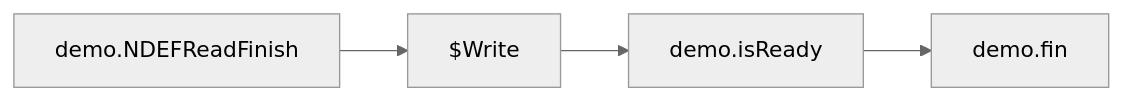
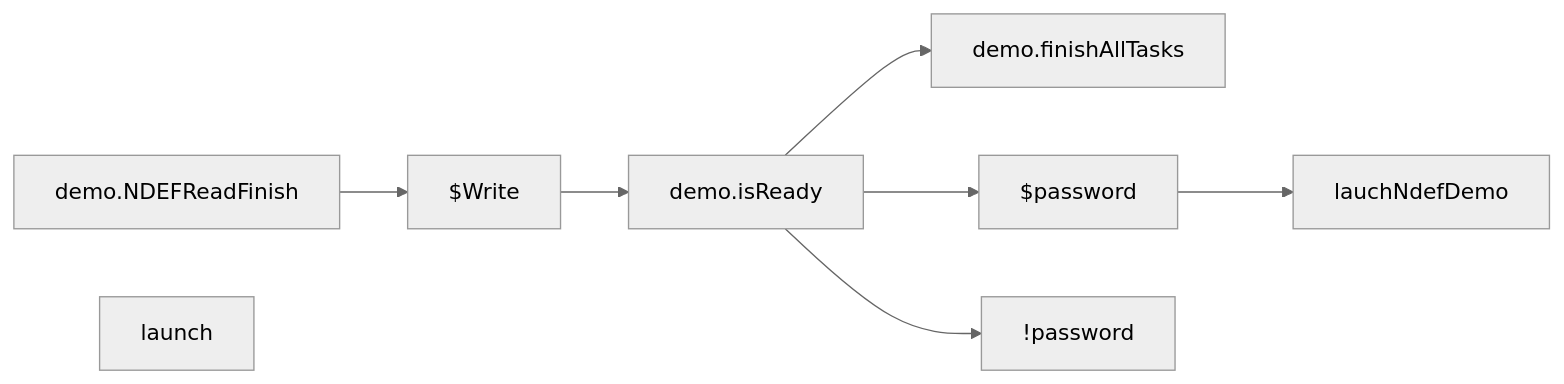
Before and after one commit to gordianknotC/nxp_note: the fourth of 4 diagrams in nxp/NdefFragment.md, drawn with Mermaid (neutral theme). The commit also changed other lines of this file, not shown here.

Commit message:
nxp/NdefFragment.md updated from https://stackedit.io/

````diff
--- a/nxp/NdefFragment.md
+++ b/nxp/NdefFragment.md
@@ -67,6 +67,10 @@
 ```mermaid
 graph LR
 demo.NDEFReadFinish --> $Write
 $Write --> demo.isReady
-demo.isReady --> demo.fin
+demo.isReady --> demo.finishAllTasks
+demo.isReady --> $password
+demo.isReady --> !password
+$password --> lauchNdefDemo
+launch
 ```
````
